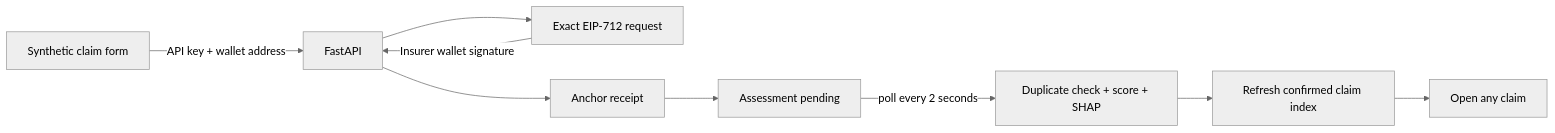
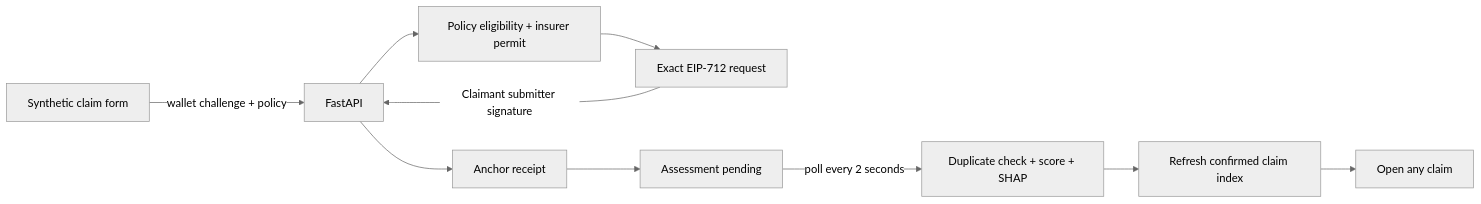
The first of 2 diagrams in apps/frontend/FRONTEND.md (ganesh1997oli/Decentralized-Claims-Registry), drawn with Mermaid (neutral theme) before and after one commit. The commit also changed other lines of this file and 55 other files, not shown here.

Commit message:
Implement permit-backed public claim intake

````diff
--- a/apps/frontend/FRONTEND.md
+++ b/apps/frontend/FRONTEND.md
@@ -10,11 +11,12 @@
 ```mermaid
 flowchart LR
-    Form["Synthetic claim form"] -->|"API key + wallet address"| API["FastAPI"]
-    API --> Typed["Exact EIP-712 request"]
-    Typed -->|"Insurer wallet signature"| API
+    Form["Synthetic claim form"] -->|"wallet challenge + policy"| API["FastAPI"]
+    API --> Eligibility["Policy eligibility + insurer permit"]
+    Eligibility --> Typed["Exact EIP-712 request"]
+    Typed -->|"Claimant submitter signature"| API
     API --> Receipt["Anchor receipt"]
     Receipt --> Pending["Assessment pending"]
     Pending -->|"poll every 2 seconds"| Result["Duplicate check + score + SHAP"]
     Result --> Dashboard["Refresh confirmed claim index"]
     Dashboard --> Details["Open any claim"]
 ```
````
